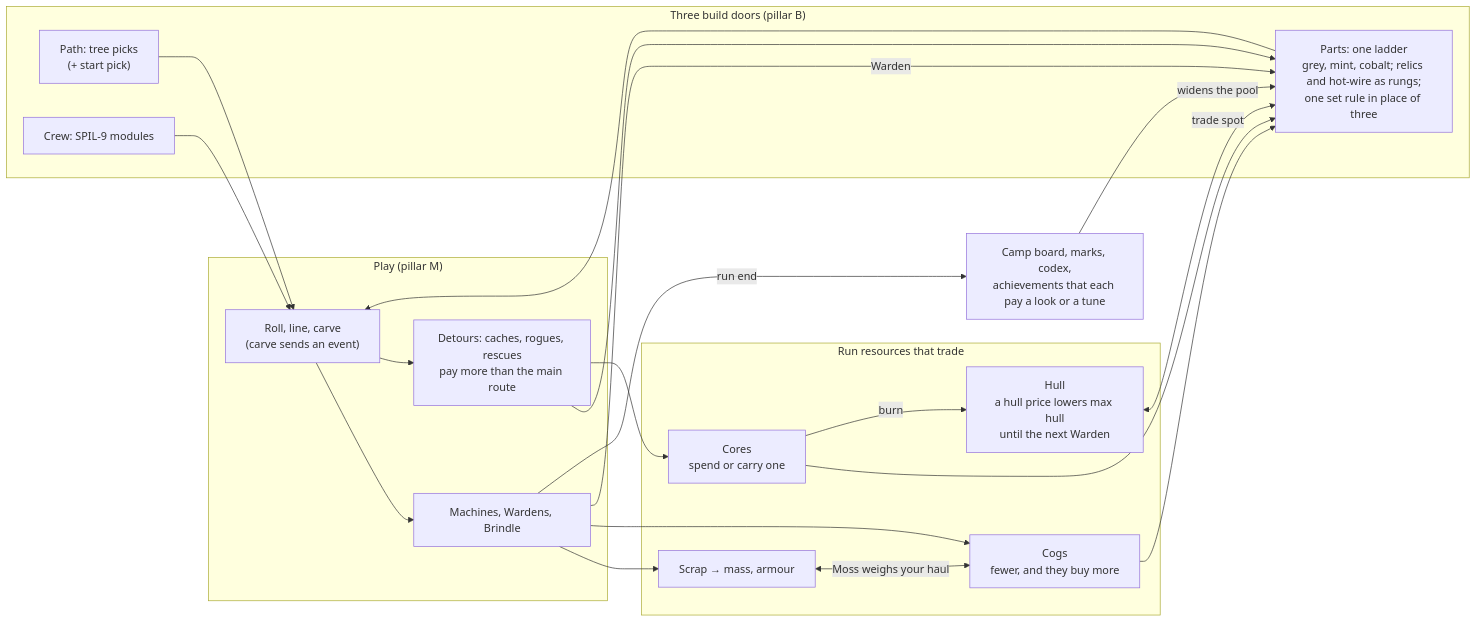
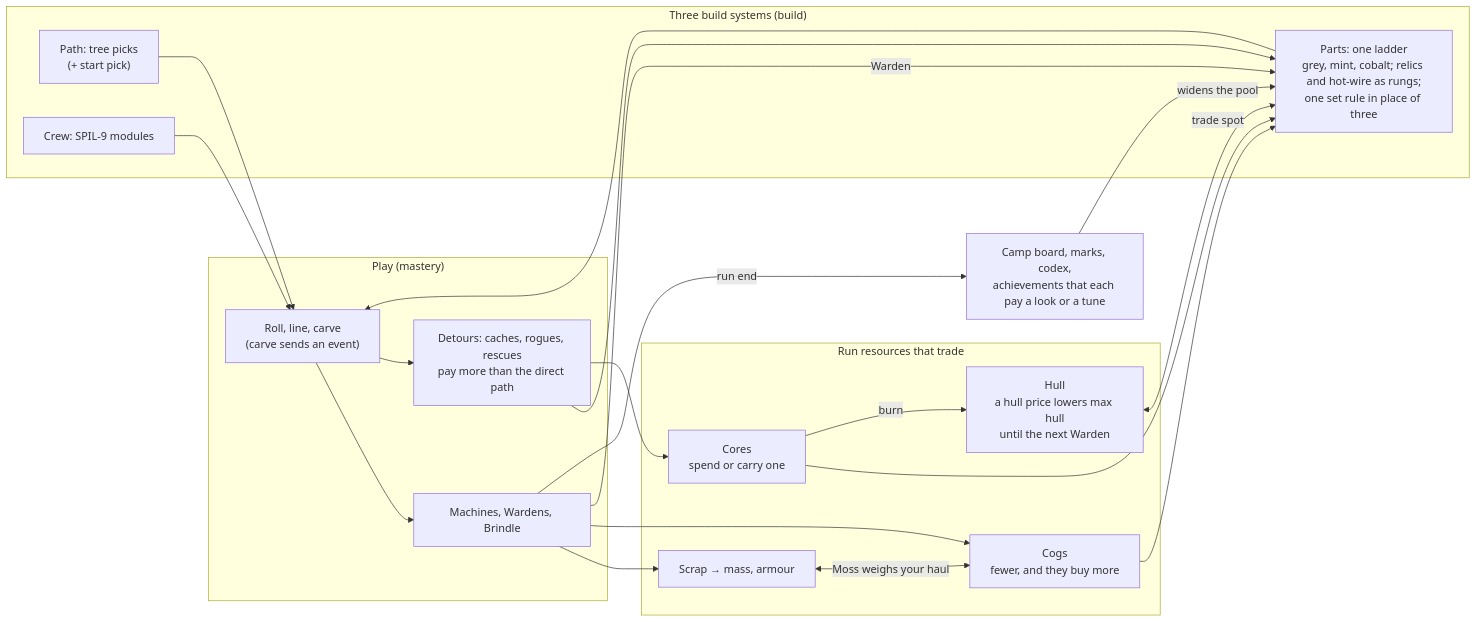
One commit to bananahana720/scrapkeep changed the second of 2 diagrams in docs/systems-audit/systems-map.md. Above: the diagram before and after it, drawn with Mermaid. The commit also changed other lines of this file and 15 other files, not shown here.

````diff
--- a/docs/systems-audit/systems-map.md
+++ b/docs/systems-audit/systems-map.md
@@ -100,34 +100,34 @@
 ```mermaid
 flowchart LR
-  subgraph Play["Play (pillar M)"]
+  subgraph Play["Play (mastery)"]
     ROLL["Roll, line, carve<br/>(carve sends an event)"]
     FIGHT["Machines, Wardens, Brindle"]
-    DETOUR["Detours: caches, rogues, rescues<br/>pay more than the main route"]
+    DETOUR["Detours: caches, rogues, rescues<br/>pay more than the direct path"]
   end
   subgraph Res["Run resources that trade"]
     HULL["Hull<br/>a hull price lowers max hull<br/>until the next Warden"]
     SCRAP["Scrap → mass, armour"]
     COGS["Cogs<br/>fewer, and they buy more"]
     CORES["Cores<br/>spend or carry one"]
   end
-  subgraph Build["Three build doors (pillar B)"]
+  subgraph Build["Three build systems (build)"]
     PATH["Path: tree picks<br/>(+ start pick)"]
     PARTS["Parts: one ladder<br/>grey, mint, cobalt; relics and hot-wire as rungs;<br/>one set rule in place of three"]
     CREW["Crew: SPIL-9 modules"]
   end
   META["Camp board, marks, codex,<br/>achievements that each pay a look or a tune"]
 
   ROLL --> FIGHT
   ROLL --> DETOUR
   FIGHT --> SCRAP & COGS
   DETOUR --> PARTS & CORES
   FIGHT -->|Warden| PARTS
   HULL <-->|trade spot| PARTS
   SCRAP <-->|Moss weighs your haul| COGS
   COGS --> PARTS
   CORES --> PARTS
   CORES -->|burn| HULL
   PATH & PARTS & CREW --> ROLL
   FIGHT -->|run end| META
   META -->|widens the pool| PARTS
 ```
````
